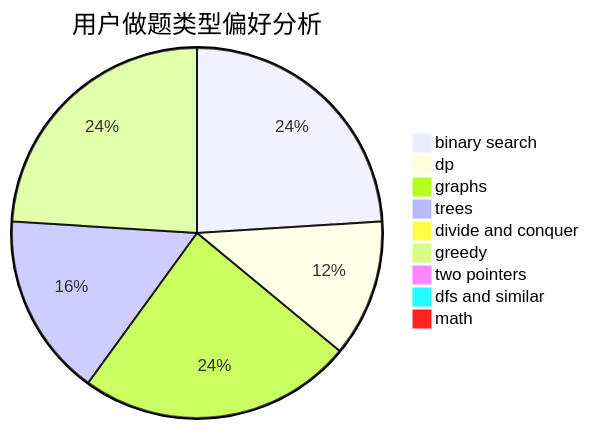
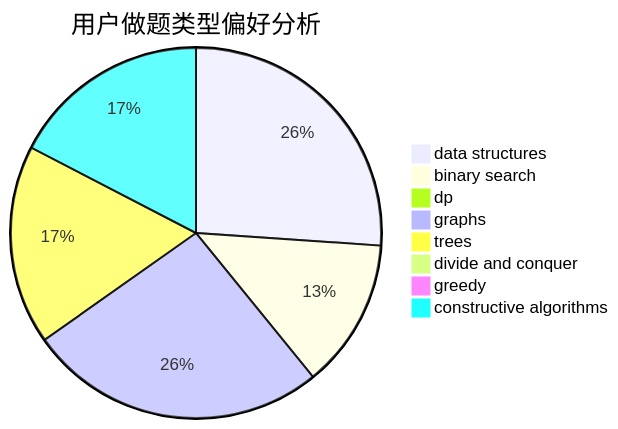
One commit to sherpahu/cfrs.github.io changed the second of 3 diagrams in docs/user/u194.md. Above: the diagram before and after it, drawn with Mermaid. The commit also changed other lines of this file and 2775 other files, not shown here.

````diff
--- a/docs/user/u194.md
+++ b/docs/user/u194.md
@@ -23,12 +23,11 @@
 ```mermaid
 pie title 用户做题类型偏好分析
-    "binary search" :  6
-    "dp" :  3
+    "data structures" :  6
+    "binary search" :  3
+    "dp" :  0
     "graphs" :  6
     "trees" :  4
     "divide and conquer" :  0
-    "greedy" :  6
-    "two pointers" :  0
-    "dfs and similar" :  0
-    "math" :  0
+    "greedy" :  0
+    "constructive algorithms" :  4
 ```
````
